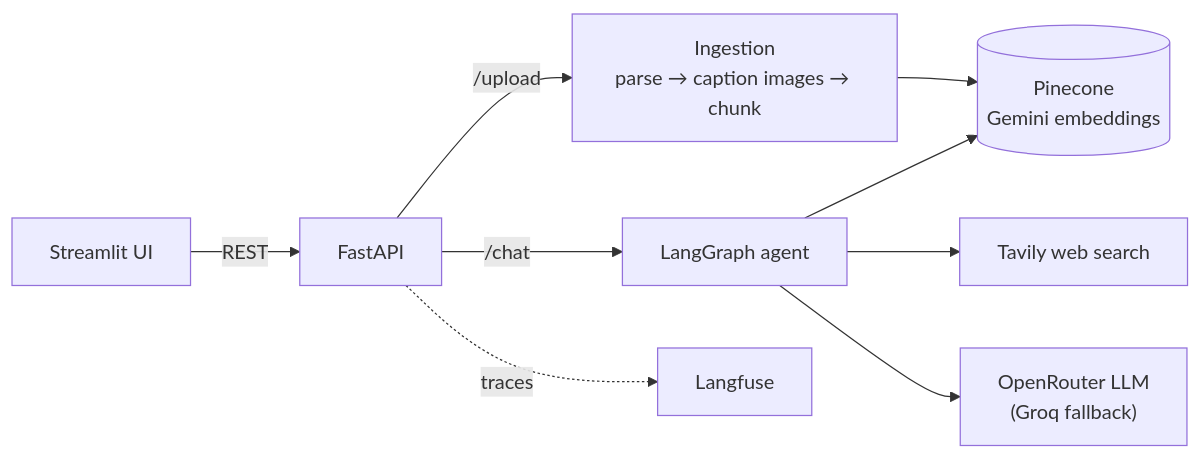
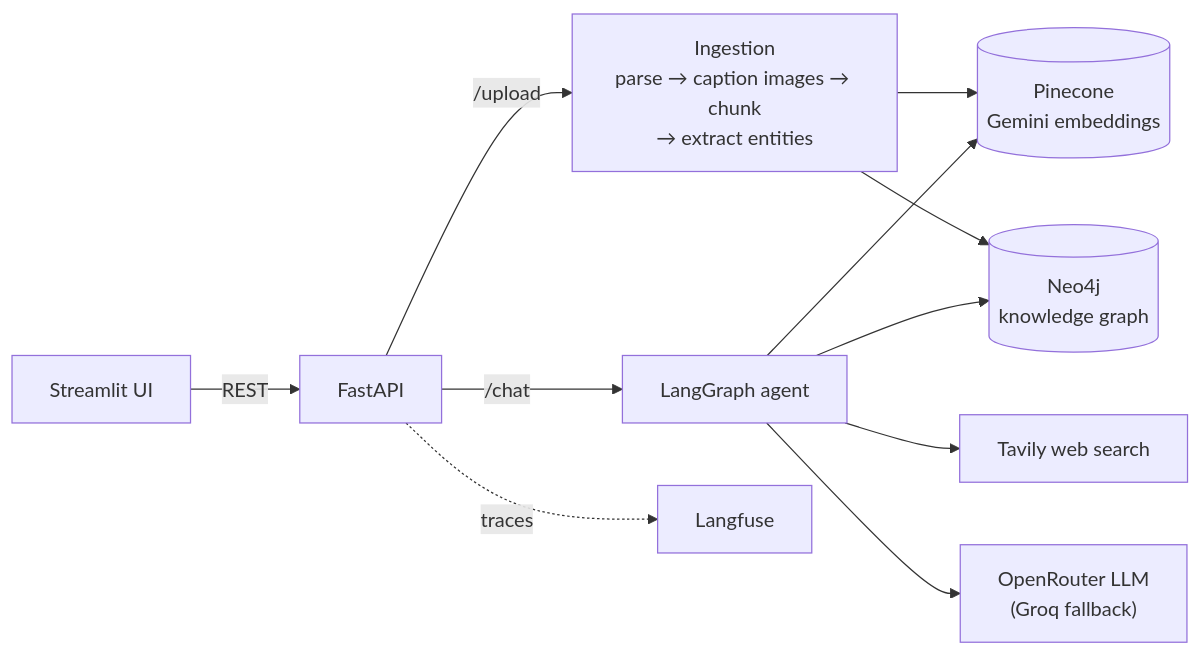
Before and after one commit to yashbhosale789/multimodal-rag: the first of 2 diagrams in README.md, drawn with Mermaid. The commit also changed other lines of this file and 1 other file, not shown here.

First line of the commit message:
Document the knowledge graph: governance, README, eval results

````diff
--- a/README.md
+++ b/README.md
@@ -26,11 +30,13 @@
 ```mermaid
 flowchart LR
     UI["Streamlit UI"] -- REST --> API["FastAPI"]
-    API -- /upload --> ING["Ingestion<br/>parse → caption images → chunk"]
+    API -- /upload --> ING["Ingestion<br/>parse → caption images → chunk<br/>→ extract entities"]
     ING --> PC[("Pinecone<br/>Gemini embeddings")]
+    ING --> NEO[("Neo4j<br/>knowledge graph")]
     API -- /chat --> G["LangGraph agent"]
     G --> PC
+    G --> NEO
     G --> T["Tavily web search"]
     G --> LLM["OpenRouter LLM<br/>(Groq fallback)"]
     API -. traces .-> LF["Langfuse"]
 ```
````
